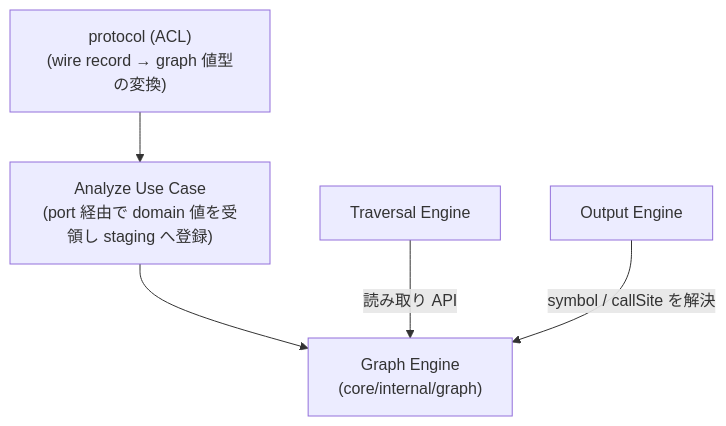
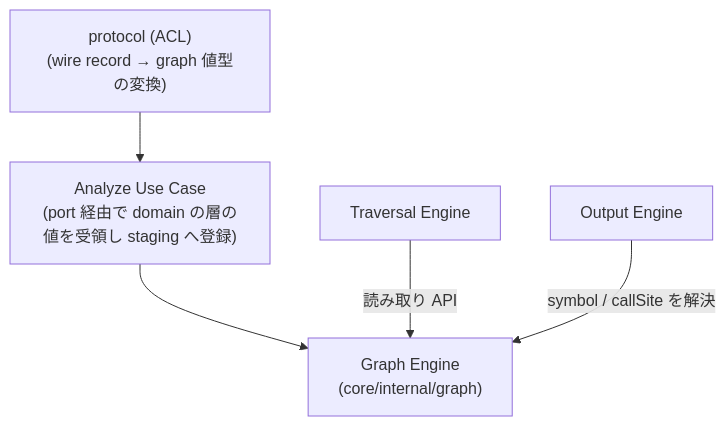
Before and after one commit to Fukuemon/depwalk: the first of 2 diagrams in core/internal/graph/DesignDoc.md, drawn with Mermaid. The commit also changed 21 other files, not shown here.

````diff
--- a/core/internal/graph/DesignDoc.md
+++ b/core/internal/graph/DesignDoc.md
@@ -113,7 +113,7 @@
 ```mermaid
 flowchart TD
-    ACL["protocol (ACL)<br/>(wire record → graph 値型の変換)"] --> UseCase["Analyze Use Case<br/>(port 経由で domain 値を受領し staging へ登録)"]
+    ACL["protocol (ACL)<br/>(wire record → graph 値型の変換)"] --> UseCase["Analyze Use Case<br/>(port 経由で domain の層の値を受領し staging へ登録)"]
     UseCase --> Graph["Graph Engine<br/>(core/internal/graph)"]
     Traversal["Traversal Engine"] -->|"読み取り API"| Graph
     Output["Output Engine"] -->|"symbol / callSite を解決"| Graph
 ```
````
